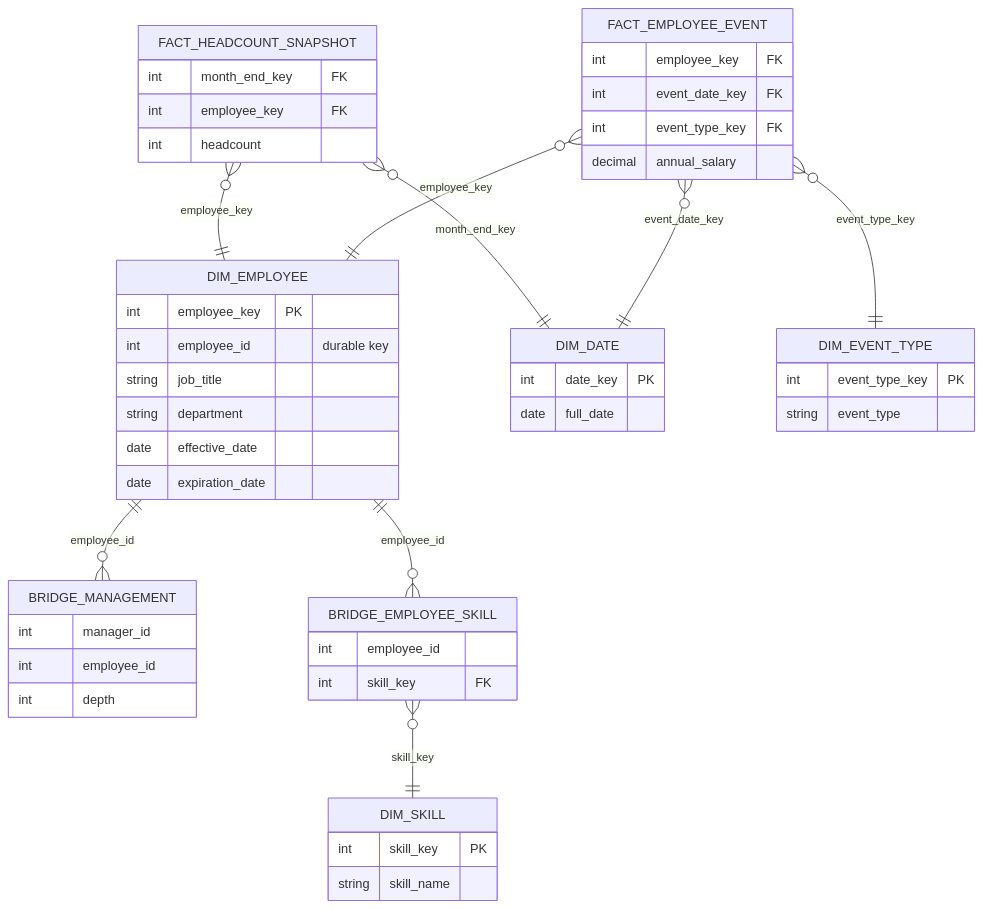
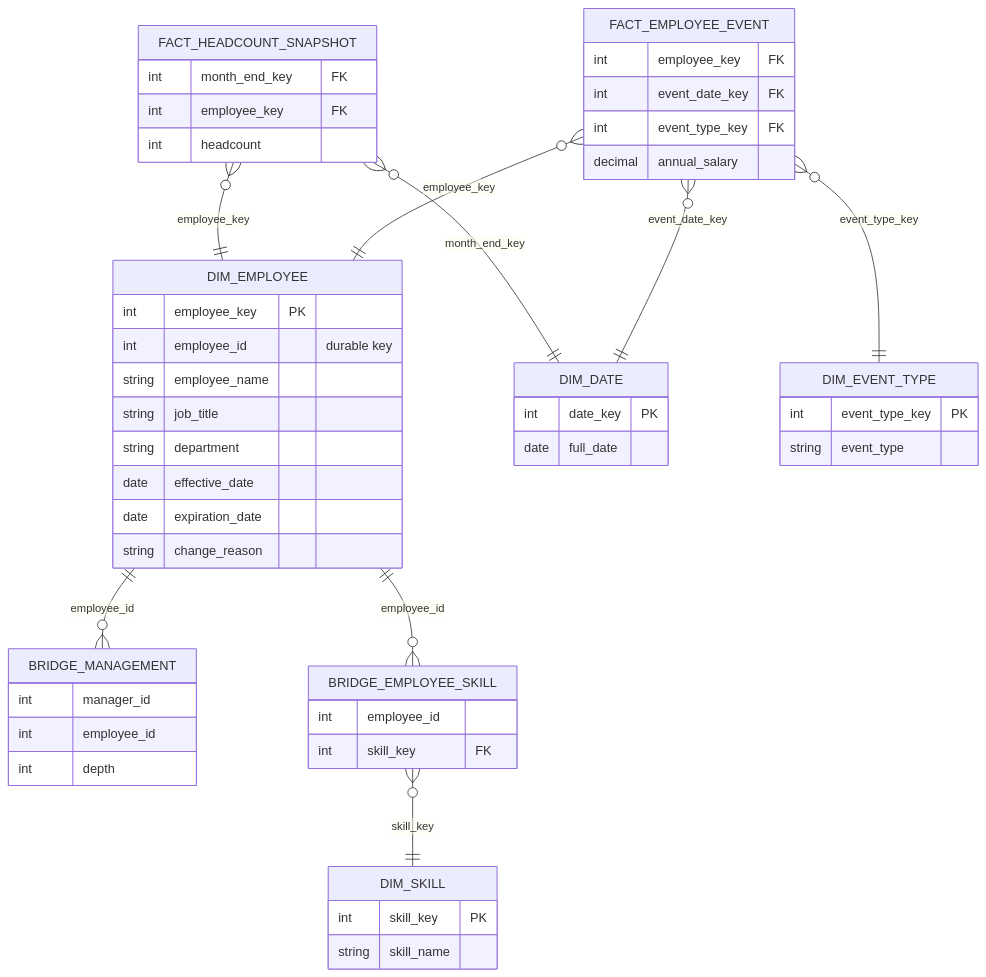
One commit to surfalytics/dataengineer_ru changed the diagram in scripts/kimball-diagrams/src/ch09-hr-star.mmd. Above: the diagram before and after it, drawn with Mermaid. The commit also changed 61 other files, not shown here.

```diff
--- a/scripts/kimball-diagrams/src/ch09-hr-star.mmd
+++ b/scripts/kimball-diagrams/src/ch09-hr-star.mmd
@@ -1,49 +1,51 @@
 erDiagram
   FACT_EMPLOYEE_EVENT }o--|| DIM_EMPLOYEE : "employee_key"
   FACT_EMPLOYEE_EVENT }o--|| DIM_DATE : "event_date_key"
   FACT_EMPLOYEE_EVENT }o--|| DIM_EVENT_TYPE : "event_type_key"
   FACT_HEADCOUNT_SNAPSHOT }o--|| DIM_EMPLOYEE : "employee_key"
   FACT_HEADCOUNT_SNAPSHOT }o--|| DIM_DATE : "month_end_key"
   DIM_EMPLOYEE ||--o{ BRIDGE_MANAGEMENT : "employee_id"
   DIM_EMPLOYEE ||--o{ BRIDGE_EMPLOYEE_SKILL : "employee_id"
   BRIDGE_EMPLOYEE_SKILL }o--|| DIM_SKILL : "skill_key"
   FACT_EMPLOYEE_EVENT {
     int employee_key FK
     int event_date_key FK
     int event_type_key FK
     decimal annual_salary
   }
   FACT_HEADCOUNT_SNAPSHOT {
     int month_end_key FK
     int employee_key FK
     int headcount
   }
   DIM_EMPLOYEE {
     int employee_key PK
     int employee_id "durable key"
+    string employee_name
     string job_title
     string department
     date effective_date
     date expiration_date
+    string change_reason
   }
   BRIDGE_MANAGEMENT {
     int manager_id
     int employee_id
     int depth
   }
   BRIDGE_EMPLOYEE_SKILL {
     int employee_id
     int skill_key FK
   }
   DIM_SKILL {
     int skill_key PK
     string skill_name
   }
   DIM_EVENT_TYPE {
     int event_type_key PK
     string event_type
   }
   DIM_DATE {
     int date_key PK
     date full_date
   }
```
